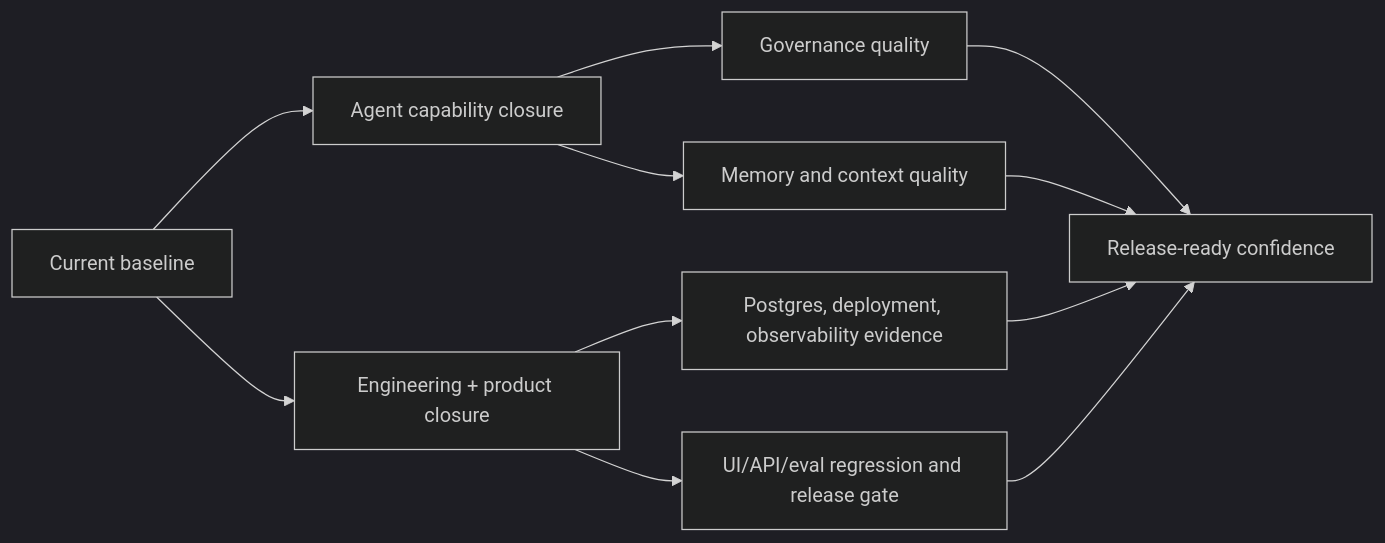
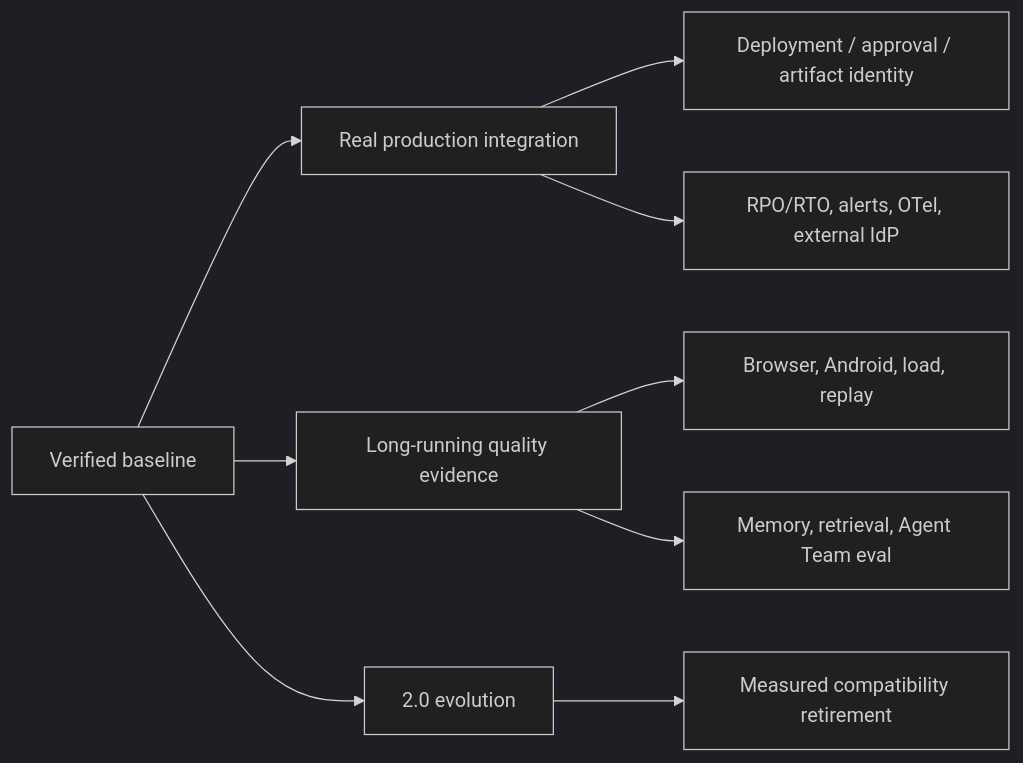
The diagram in docs/roadmap.md (William-zgx/focus-agent), drawn with Mermaid (dark theme) before and after one commit. The commit also changed other lines of this file and 28 other files, not shown here.

````diff
--- a/docs/roadmap.md
+++ b/docs/roadmap.md
@@ -10,13 +13,11 @@
 ```mermaid
 flowchart LR
-    Baseline["Current baseline"] --> Product["Engineering + product closure"]
-    Baseline --> Agent["Agent capability closure"]
-    Product --> Ops["Postgres, deployment, observability evidence"]
-    Product --> Regression["UI/API/eval regression and release gate"]
-    Agent --> Governance["Governance quality"]
-    Agent --> Memory["Memory and context quality"]
-    Governance --> Release["Release-ready confidence"]
-    Memory --> Release
-    Ops --> Release
-    Regression --> Release
+    Baseline["Verified baseline"] --> Production["Real production integration"]
+    Baseline --> Quality["Long-running quality evidence"]
+    Baseline --> Evolution["2.0 evolution"]
+    Production --> Identity["Deployment / approval / artifact identity"]
+    Production --> Operations["RPO/RTO, alerts, OTel, external IdP"]
+    Quality --> Runtime["Browser, Android, load, replay"]
+    Quality --> Agent["Memory, retrieval, Agent Team eval"]
+    Evolution --> Compat["Measured compatibility retirement"]
 ```
````
